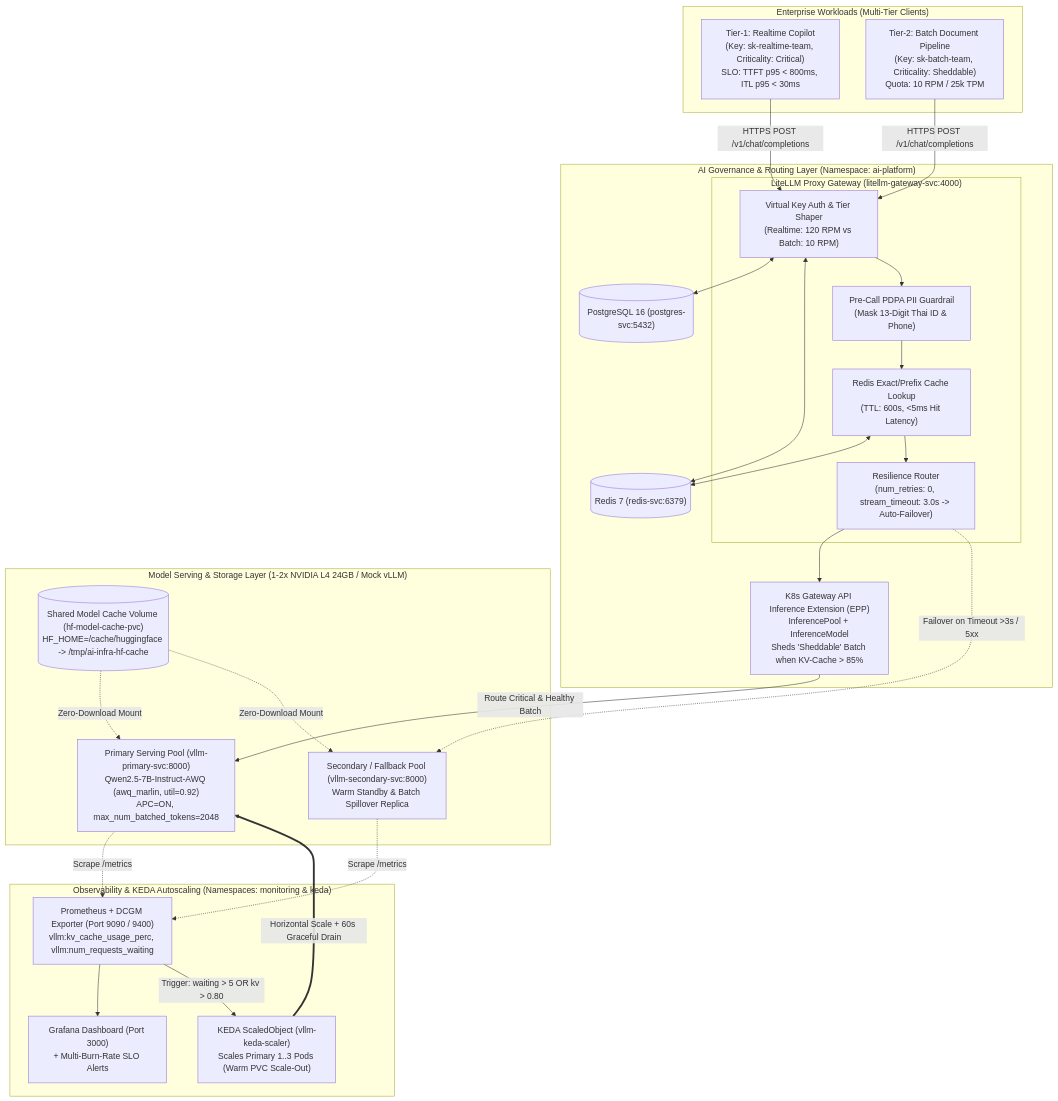
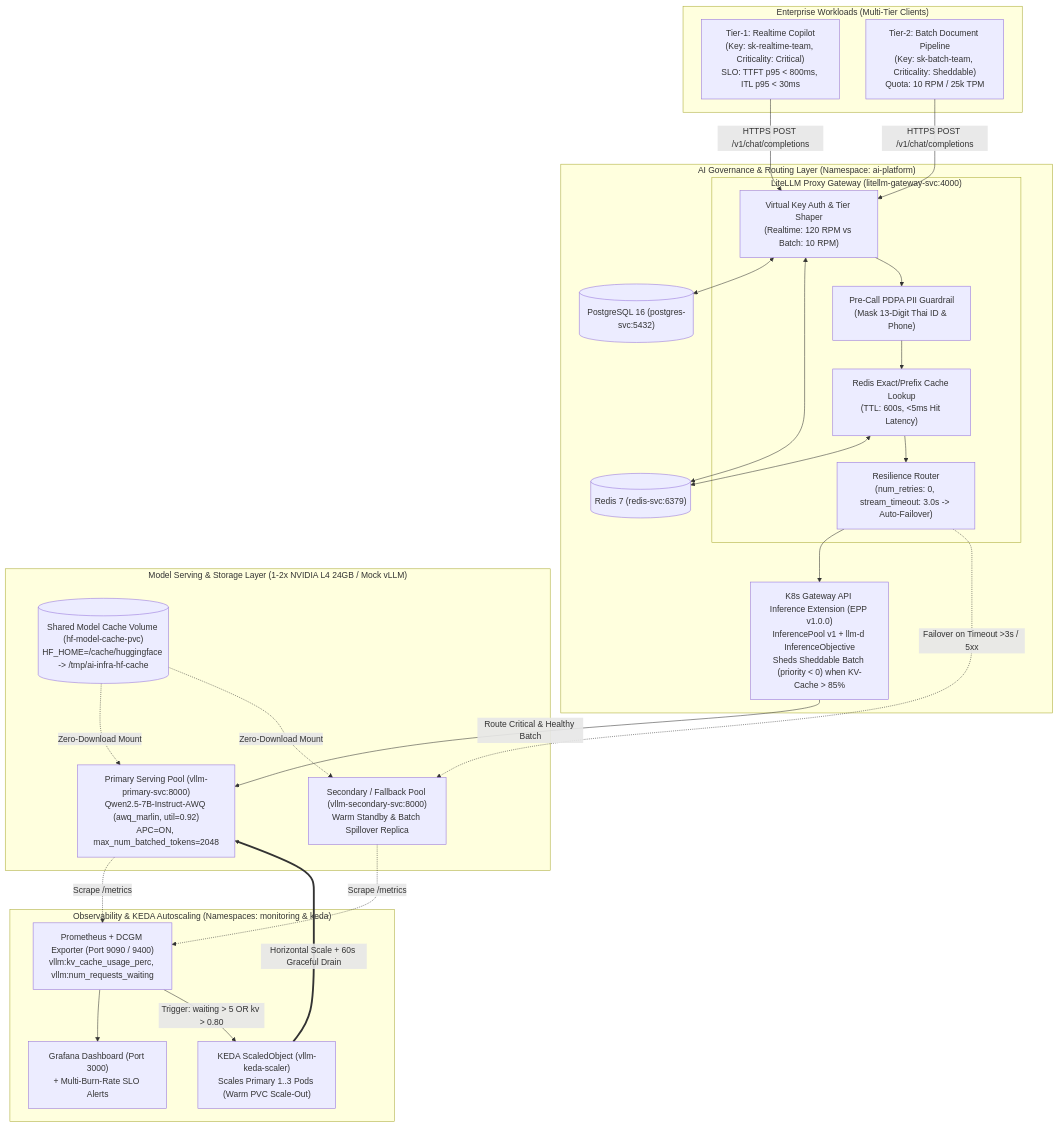
One commit to Csriyod001/handbook changed the diagram in chapters/06-capstone-siamshield-ai.md. Above: the diagram before and after it, drawn with Mermaid. The commit also changed other lines of this file and 73 other files, not shown here.

````diff
--- a/chapters/06-capstone-siamshield-ai.md
+++ b/chapters/06-capstone-siamshield-ai.md
@@ -55,45 +55,45 @@
 ```mermaid
 flowchart TB
     subgraph Tenants["Enterprise Workloads (Multi-Tier Clients)"]
         T1["Tier-1: Realtime Copilot\n(Key: sk-realtime-team, Criticality: Critical)\nSLO: TTFT p95 < 800ms, ITL p95 < 30ms"]
         T2["Tier-2: Batch Document Pipeline\n(Key: sk-batch-team, Criticality: Sheddable)\nQuota: 10 RPM / 25k TPM"]
     end
 
     subgraph ControlPlane["AI Governance & Routing Layer (Namespace: ai-platform)"]
         subgraph Gateway["LiteLLM Proxy Gateway (litellm-gateway-svc:4000)"]
             Auth["Virtual Key Auth & Tier Shaper\n(Realtime: 120 RPM vs Batch: 10 RPM)"]
             PDPA["Pre-Call PDPA PII Guardrail\n(Mask 13-Digit Thai ID & Phone)"]
             Cache["Redis Exact/Prefix Cache Lookup\n(TTL: 600s, <5ms Hit Latency)"]
             Failover["Resilience Router\n(num_retries: 0, stream_timeout: 3.0s -> Auto-Failover)"]
         end
         Redis[("Redis 7 (redis-svc:6379)")]
         Postgres[("PostgreSQL 16 (postgres-svc:5432)")]
-        EPP["K8s Gateway API Inference Extension (EPP)\nInferencePool + InferenceModel\nSheds 'Sheddable' Batch when KV-Cache > 85%"]
+        EPP["K8s Gateway API Inference Extension (EPP v1.0.0)\nInferencePool v1 + llm-d InferenceObjective\nSheds Sheddable Batch (priority < 0) when KV-Cache > 85%"]
     end
 
     subgraph DataPlane["Model Serving & Storage Layer (1-2x NVIDIA L4 24GB / Mock vLLM)"]
         Primary["Primary Serving Pool (vllm-primary-svc:8000)\nQwen2.5-7B-Instruct-AWQ (awq_marlin, util=0.92)\nAPC=ON, max_num_batched_tokens=2048"]
         Secondary["Secondary / Fallback Pool (vllm-secondary-svc:8000)\nWarm Standby & Batch Spillover Replica"]
         PVC[("Shared Model Cache Volume (hf-model-cache-pvc)\nHF_HOME=/cache/huggingface -> /tmp/ai-infra-hf-cache")]
     end
 
     subgraph SREPlane["Observability & KEDA Autoscaling (Namespaces: monitoring & keda)"]
         Prom["Prometheus + DCGM Exporter (Port 9090 / 9400)\nvllm:kv_cache_usage_perc, vllm:num_requests_waiting"]
         Grafana["Grafana Dashboard (Port 3000)\n+ Multi-Burn-Rate SLO Alerts"]
         KEDA["KEDA ScaledObject (vllm-keda-scaler)\nScales Primary 1..3 Pods (Warm PVC Scale-Out)"]
     end
 
     T1 & T2 -->|"HTTPS POST /v1/chat/completions"| Auth
     Auth <--> Postgres
     Auth <--> Redis
     Auth --> PDPA --> Cache
     Cache <--> Redis
     Cache --> Failover --> EPP
     EPP -->|"Route Critical & Healthy Batch"| Primary
     Failover -.->|"Failover on Timeout >3s / 5xx"| Secondary
     PVC -.->|"Zero-Download Mount"| Primary & Secondary
     Primary & Secondary -.->|"Scrape /metrics"| Prom
     Prom --> Grafana
     Prom -->|"Trigger: waiting > 5 OR kv > 0.80"| KEDA
     KEDA ==>|"Horizontal Scale + 60s Graceful Drain"| Primary
 ```
````
